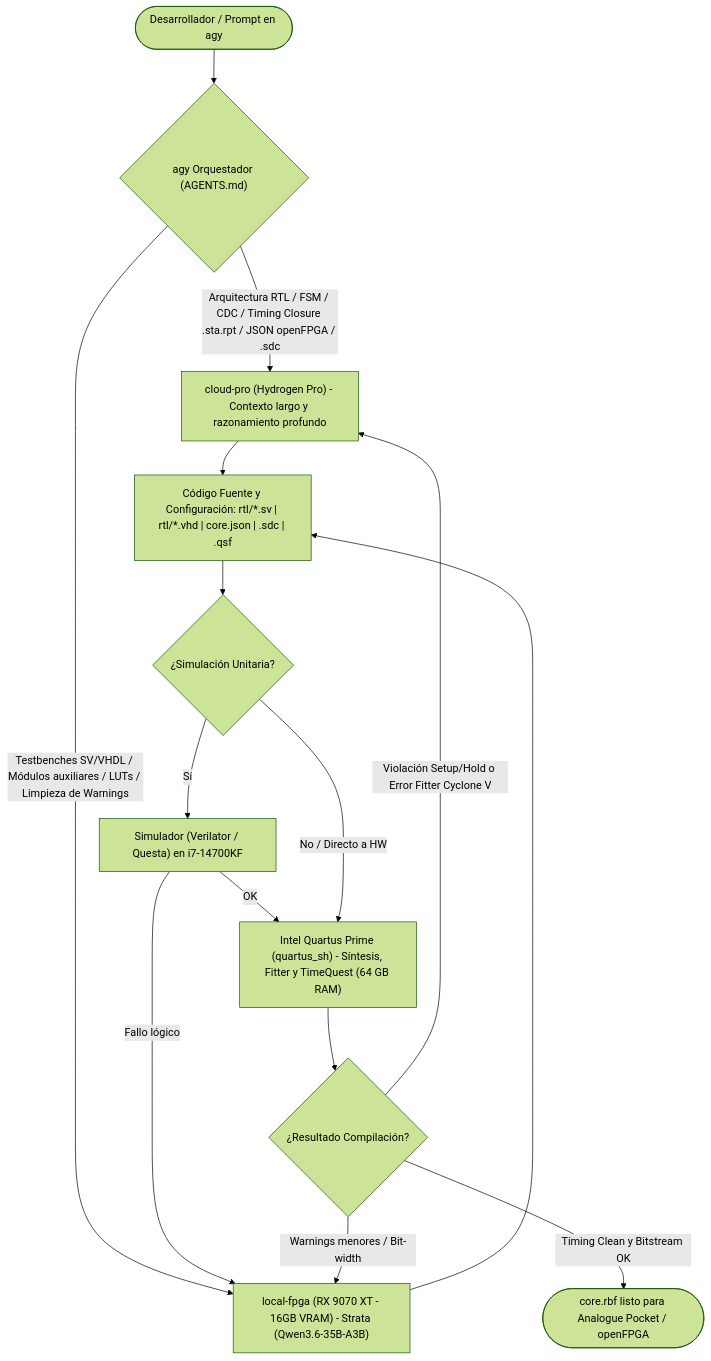
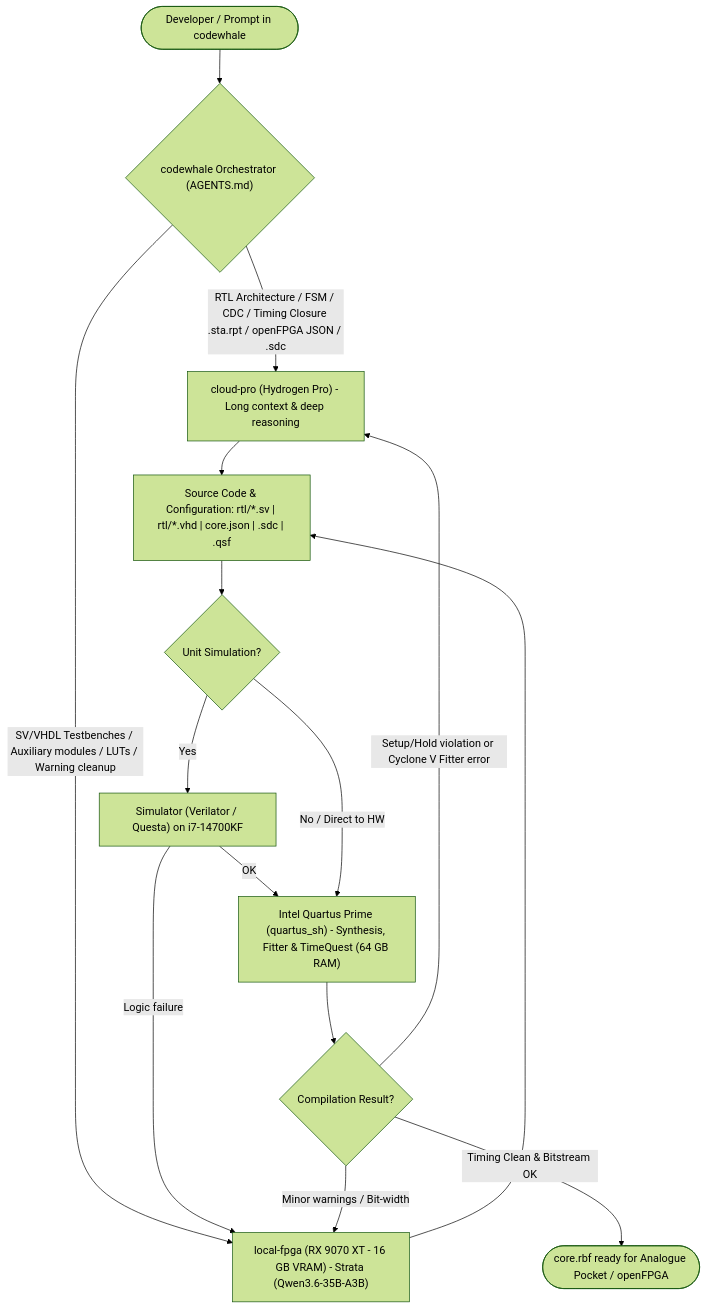
The third of 3 diagrams in docs/ai-fpga-workflow.md (DanimanX/9070FpgaIAWorkflow), drawn with Mermaid (forest theme) before and after one commit. The commit also changed other lines of this file and 3 other files, not shown here.

Commit message:
Switch orchestrator from agy to codewhale and translate project to English

````diff
--- a/docs/ai-fpga-workflow.md
+++ b/docs/ai-fpga-workflow.md
@@ -85,27 +85,27 @@
 ```mermaid
 flowchart TD
-    Dev(["Desarrollador / Prompt en agy"]) --> Agy{"agy Orquestador (AGENTS.md)"}
+    Dev(["Developer / Prompt in codewhale"]) --> CW{"codewhale Orchestrator (AGENTS.md)"}
 
-    %% Rama Cloud Pro
-    Agy -->|"Arquitectura RTL / FSM / CDC / Timing Closure .sta.rpt / JSON openFPGA / .sdc"| Cloud["cloud-pro (Hydrogen Pro) - Contexto largo y razonamiento profundo"]
+    %% Cloud Branch
+    CW -->|"RTL Architecture / FSM / CDC / Timing Closure .sta.rpt / openFPGA JSON / .sdc"| Cloud["cloud-pro (Hydrogen Pro) - Long context & deep reasoning"]
 
-    %% Rama Local RX 9070 XT con Strata
-    Agy -->|"Testbenches SV/VHDL / Módulos auxiliares / LUTs / Limpieza de Warnings"| Local["local-fpga (RX 9070 XT - 16GB VRAM) - Strata (Qwen3.6-35B-A3B)"]
+    %% Local Branch
+    CW -->|"SV/VHDL Testbenches / Auxiliary modules / LUTs / Warning cleanup"| Local["local-fpga (RX 9070 XT - 16 GB VRAM) - Strata (Qwen3.6-35B-A3B)"]
 
-    %% Convergencia en código
-    Cloud --> RTL["Código Fuente y Configuración: rtl/*.sv | rtl/*.vhd | core.json | .sdc | .qsf"]
+    %% Convergence in code
+    Cloud --> RTL["Source Code & Configuration: rtl/*.sv | rtl/*.vhd | core.json | .sdc | .qsf"]
     Local --> RTL
 
-    %% Flujo de Verificación y Síntesis
-    RTL --> Sim{"¿Simulación Unitaria?"}
-    Sim -->|"Sí"| Verilator["Simulador (Verilator / Questa) en i7-14700KF"]
-    Verilator -->|"Fallo lógico"| Local
+    %% Verification & Synthesis Flow
+    RTL --> Sim{"Unit Simulation?"}
+    Sim -->|"Yes"| Verilator["Simulator (Verilator / Questa) on i7-14700KF"]
+    Verilator -->|"Logic failure"| Local
     Verilator -->|"OK"| Quartus
 
-    Sim -->|"No / Directo a HW"| Quartus["Intel Quartus Prime (quartus_sh) - Síntesis, Fitter y TimeQuest (64 GB RAM)"]
+    Sim -->|"No / Direct to HW"| Quartus["Intel Quartus Prime (quartus_sh) - Synthesis, Fitter & TimeQuest (64 GB RAM)"]
 
-    Quartus --> Check{"¿Resultado Compilación?"}
-    Check -->|"Warnings menores / Bit-width"| Local
-    Check -->|"Violación Setup/Hold o Error Fitter Cyclone V"| Cloud
-    Check -->|"Timing Clean y Bitstream OK"| Bitstream(["core.rbf listo para Analogue Pocket / openFPGA"])
+    Quartus --> Check{"Compilation Result?"}
+    Check -->|"Minor warnings / Bit-width"| Local
+    Check -->|"Setup/Hold violation or Cyclone V Fitter error"| Cloud
+    Check -->|"Timing Clean & Bitstream OK"| Bitstream(["core.rbf ready for Analogue Pocket / openFPGA"])
 ```
````
